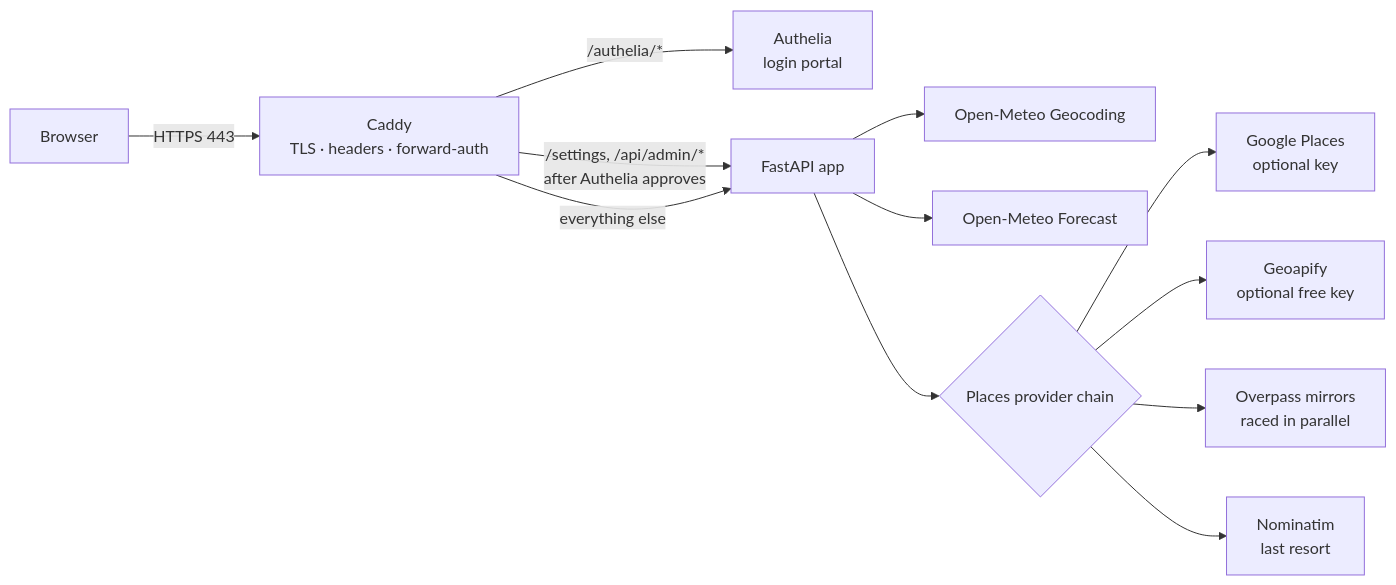
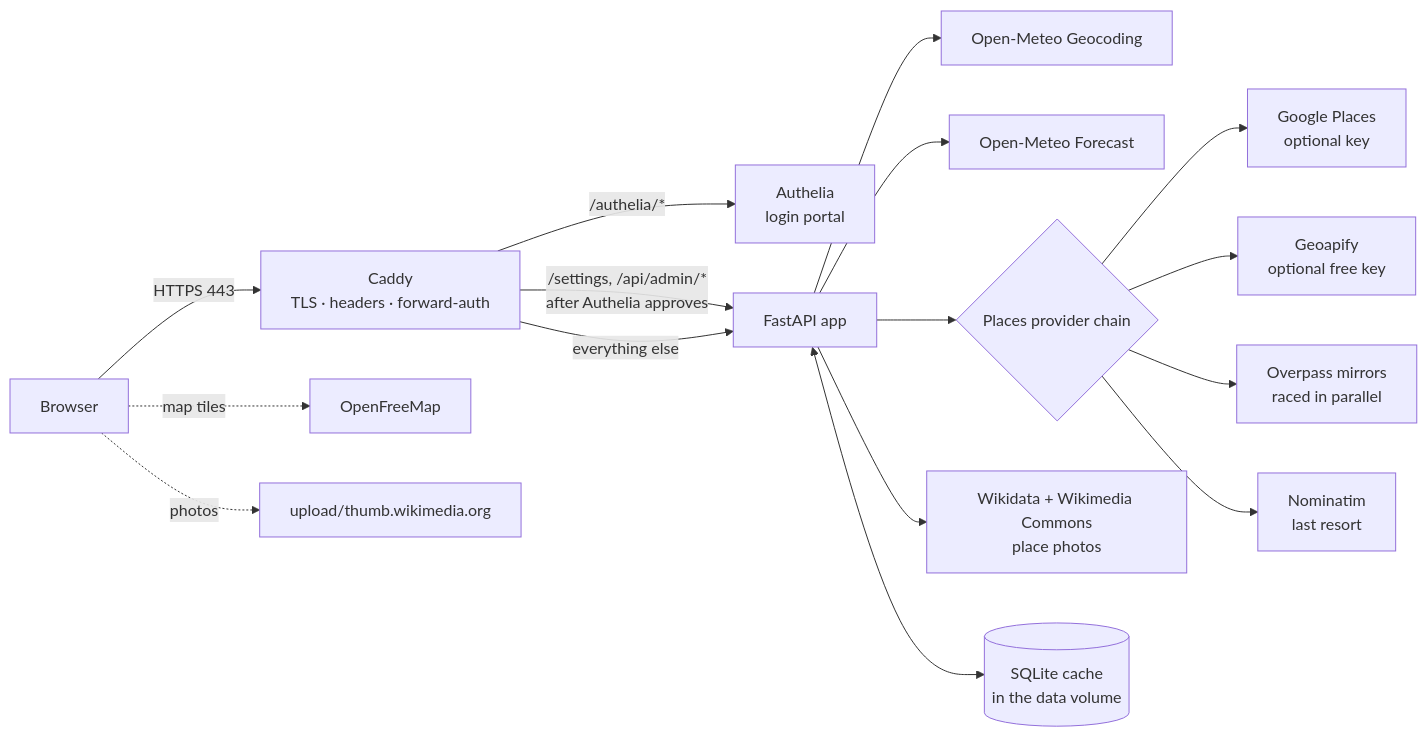
One commit to zezekim/weekender changed the first of 2 diagrams in README.md. Above: the diagram before and after it, drawn with Mermaid. The commit also changed other lines of this file and 48 other files, not shown here.

First line of the commit message:
Map, photos, weekend plan and a faster, safer pipeline

````diff
--- a/README.md
+++ b/README.md
@@ -113,14 +140,18 @@
 ```mermaid
 flowchart LR
     U[Browser] -->|HTTPS 443| C[Caddy<br/>TLS · headers · forward-auth]
     C -->|/authelia/*| A[Authelia<br/>login portal]
     C -->|/settings, /api/admin/*<br/>after Authelia approves| P[FastAPI app]
     C -->|everything else| P
     P --> G[Open-Meteo Geocoding]
     P --> W[Open-Meteo Forecast]
     P --> PL{Places provider chain}
     PL --> GO[Google Places<br/>optional key]
     PL --> GA[Geoapify<br/>optional free key]
     PL --> OV[Overpass mirrors<br/>raced in parallel]
     PL --> NO[Nominatim<br/>last resort]
+    P --> WM[Wikidata + Wikimedia Commons<br/>place photos]
+    P <--> DB[(SQLite cache<br/>in the data volume)]
+    U -.->|map tiles| OFM[OpenFreeMap]
+    U -.->|photos| WMI[upload/thumb.wikimedia.org]
 ```
````
